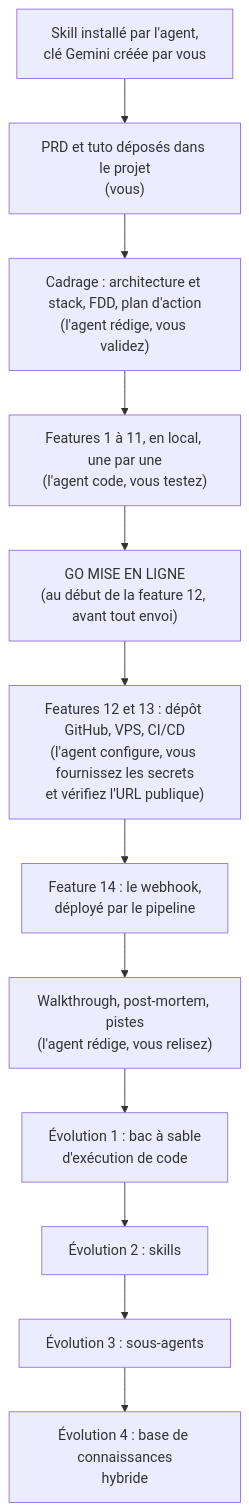
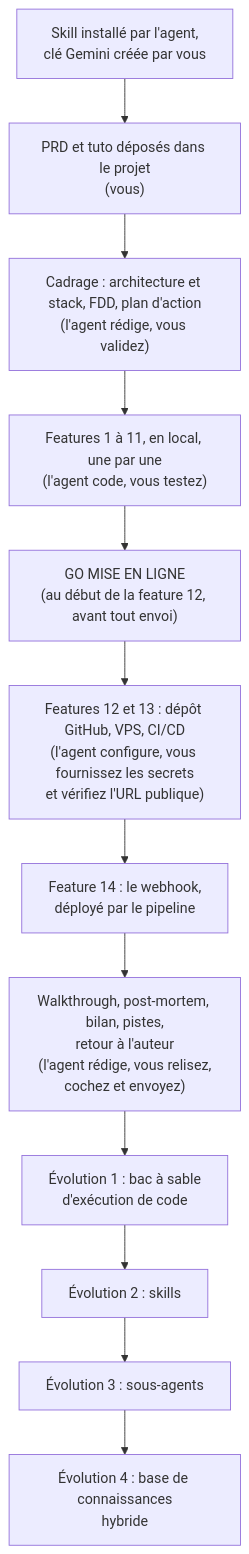
The diagram in README.md (lecinquiemejour-code/goodvibe-tuto), drawn with Mermaid before and after one commit. The commit also changed other lines of this file and 3 other files, not shown here.

Commit message:
docs(tuto): bilan et retour à l'auteur, pilote défini, facturation dès la fiche 1, templates intégrés, formulaire d'Issue

````diff
--- a/README.md
+++ b/README.md
@@ -193,14 +198,14 @@
 ```mermaid
 flowchart TD
     A["Skill installé par l'agent,<br/>clé Gemini créée par vous"] --> B["PRD et tuto déposés dans le projet<br/>(vous)"]
     B --> C["Cadrage : architecture et stack, FDD, plan d'action<br/>(l'agent rédige, vous validez)"]
     C --> D["Features 1 à 11, en local, une par une<br/>(l'agent code, vous testez)"]
     D --> F["GO MISE EN LIGNE<br/>(au début de la feature 12, avant tout envoi)"]
     F --> E["Features 12 et 13 : dépôt GitHub, VPS, CI/CD<br/>(l'agent configure, vous fournissez les secrets<br/>et vérifiez l'URL publique)"]
     E --> F2["Feature 14 : le webhook,<br/>déployé par le pipeline"]
-    F2 --> G["Walkthrough, post-mortem, pistes<br/>(l'agent rédige, vous relisez)"]
+    F2 --> G["Walkthrough, post-mortem, bilan, pistes,<br/>retour à l'auteur<br/>(l'agent rédige, vous relisez,<br/>cochez et envoyez)"]
     G --> H1["Évolution 1 : bac à sable<br/>d'exécution de code"]
     H1 --> H2["Évolution 2 : skills"]
     H2 --> H3["Évolution 3 : sous-agents"]
     H3 --> H4["Évolution 4 : base de connaissances<br/>hybride"]
 ```
````
